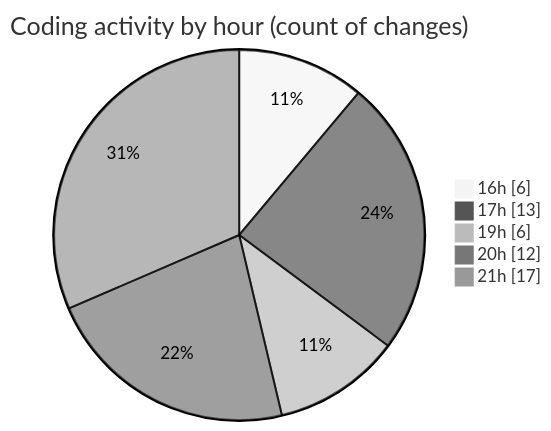
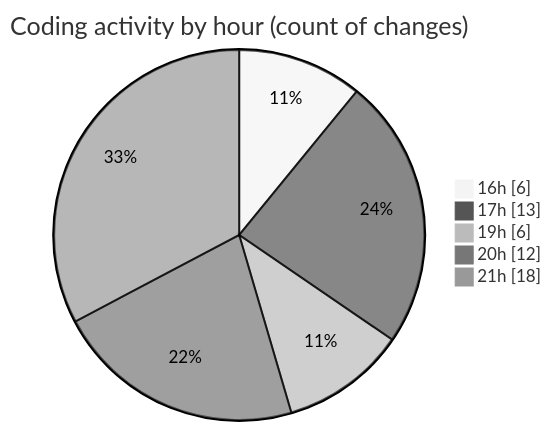
The second of 2 diagrams in 2025-06-22/studio-backend/README.md (idhammustaqopulfikri/code-tracking), drawn with Mermaid (neutral theme) before and after one commit. The commit also changed other lines of this file and 1 other file, not shown here.

````diff
--- a/2025-06-22/studio-backend/README.md
+++ b/2025-06-22/studio-backend/README.md
@@ -37,9 +37,9 @@
 ```mermaid
 pie showData
 title Coding activity by hour (count of changes)
 "16h" : 6
 "17h" : 13
 "19h" : 6
 "20h" : 12
-"21h" : 17
+"21h" : 18
 ```
````
